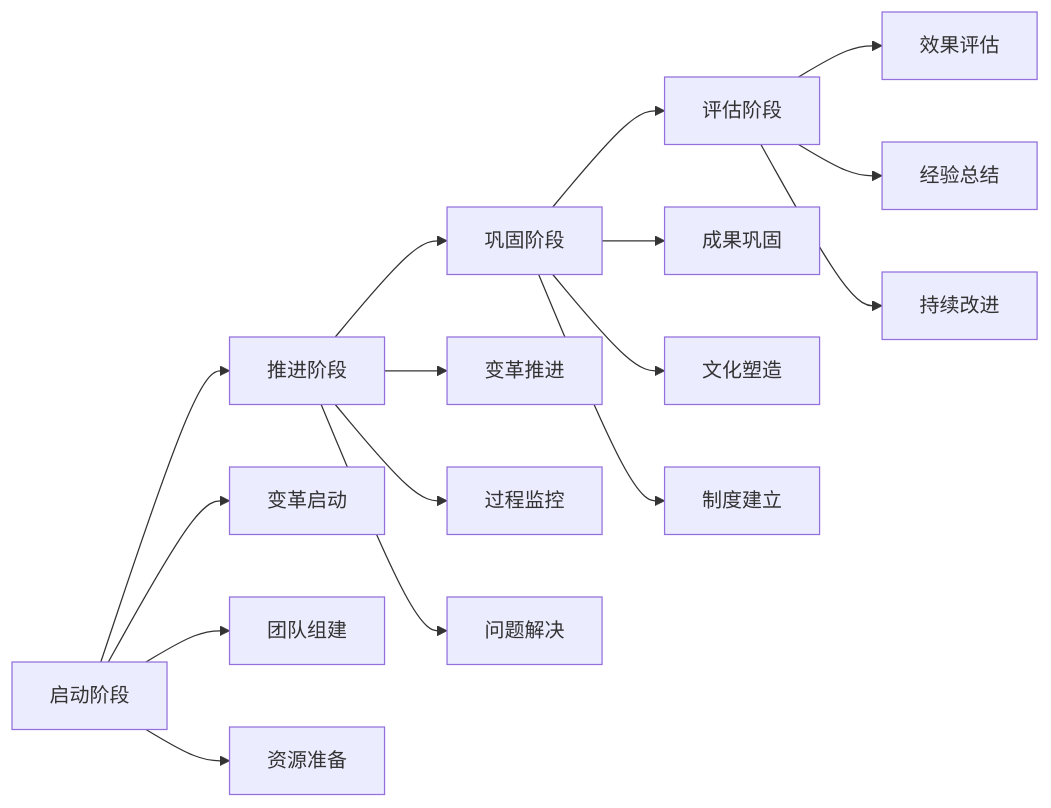
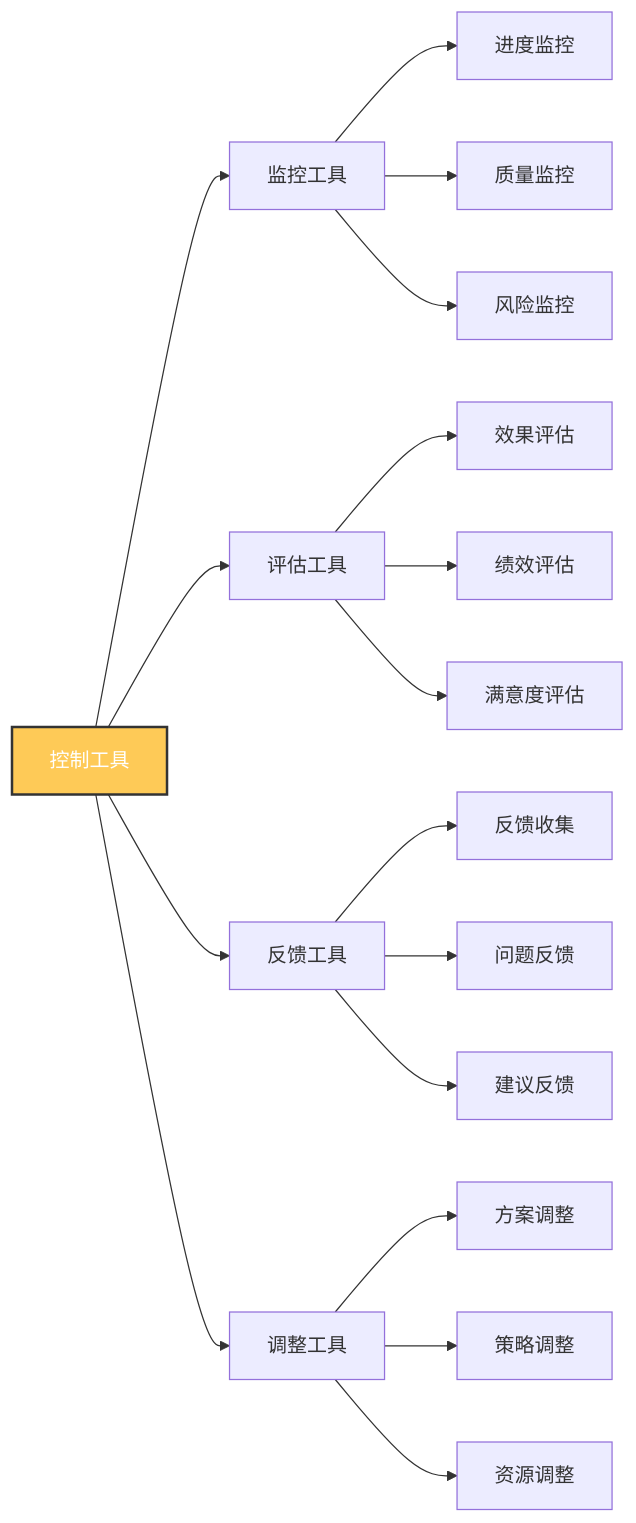
The seventh of 10 diagrams in 企业领导力/03-能力构建层/核心领导能力/05-变革管理.md (Anping2017/obsidian), drawn with Mermaid before and after one commit. The commit also changed other lines of this file and 28 other files, not shown here.

````diff
--- a/企业领导力/03-能力构建层/核心领导能力/05-变革管理.md
+++ b/企业领导力/03-能力构建层/核心领导能力/05-变革管理.md
@@ -142,22 +235,25 @@
 ```mermaid
 graph LR
-    A[启动阶段] --> B[推进阶段]
-    B --> C[巩固阶段]
-    C --> D[评估阶段]
+    A[控制工具] --> B[监控工具]
+    A --> C[评估工具]
+    A --> D[反馈工具]
+    A --> E[调整工具]
     
-    A --> A1[变革启动]
-    A --> A2[团队组建]
-    A --> A3[资源准备]
+    B --> B1[进度监控]
+    B --> B2[质量监控]
+    B --> B3[风险监控]
     
-    B --> B1[变革推进]
-    B --> B2[过程监控]
-    B --> B3[问题解决]
+    C --> C1[效果评估]
+    C --> C2[绩效评估]
+    C --> C3[满意度评估]
     
-    C --> C1[成果巩固]
-    C --> C2[文化塑造]
-    C --> C3[制度建立]
+    D --> D1[反馈收集]
+    D --> D2[问题反馈]
+    D --> D3[建议反馈]
     
-    D --> D1[效果评估]
-    D --> D2[经验总结]
-    D --> D3[持续改进]
+    E --> E1[方案调整]
+    E --> E2[策略调整]
+    E --> E3[资源调整]
+    
+    style A fill:#feca57,stroke:#333,stroke-width:2px,color:#fff
 ```
````
